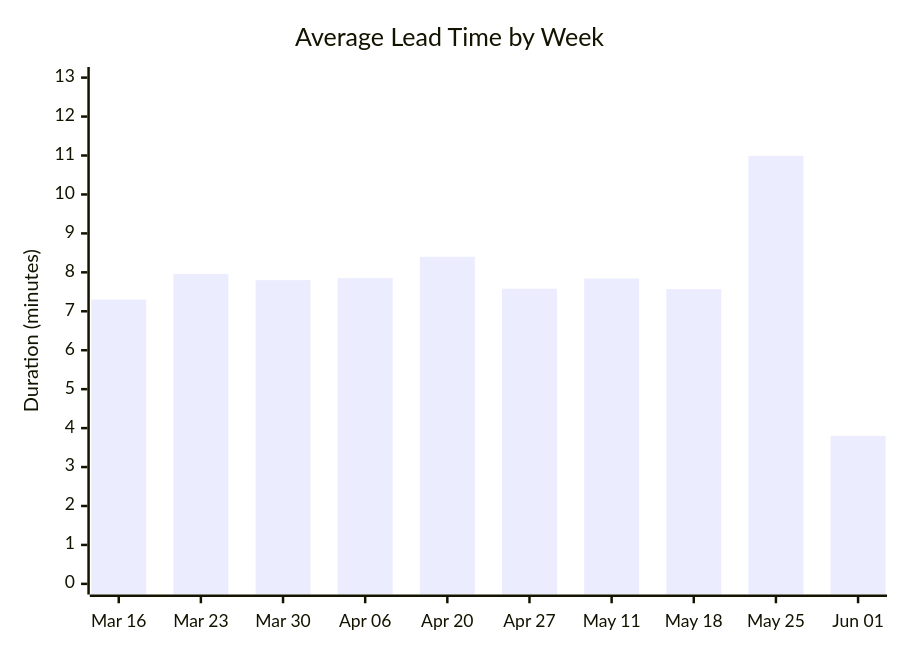
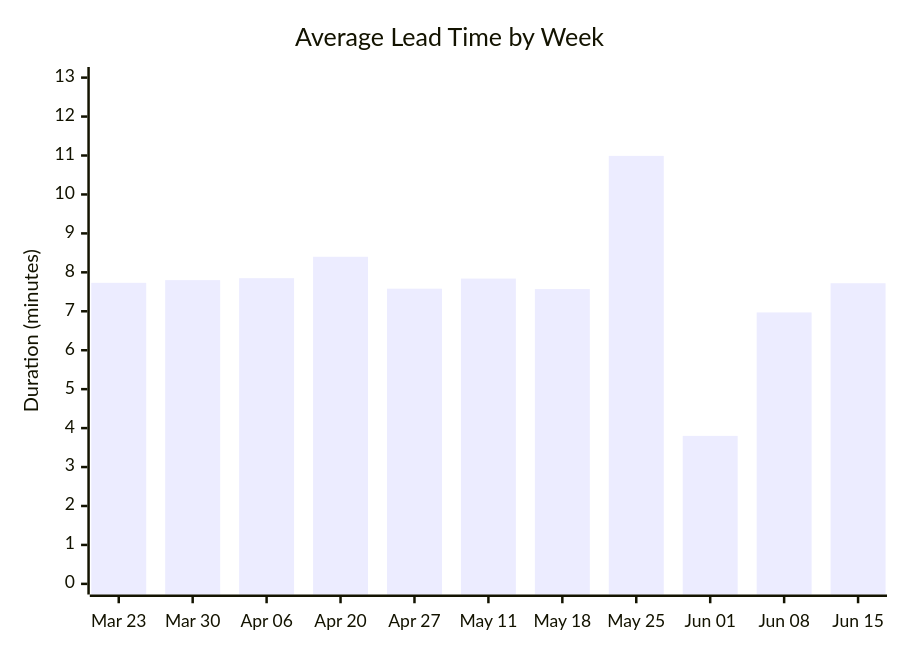
Before and after one commit to ukma-cs-ssdm-2025/rate-ukma: the second of 4 diagrams in docs/ci-cd/dora-summary.md, drawn with Mermaid. The commit also changed other lines of this file, not shown here.

````diff
--- a/docs/ci-cd/dora-summary.md
+++ b/docs/ci-cd/dora-summary.md
@@ -29,7 +30,7 @@
 ```mermaid
 xychart-beta
     title "Average Lead Time by Week"
-    x-axis ["Mar 16", "Mar 23", "Mar 30", "Apr 06", "Apr 20", "Apr 27", "May 11", "May 18", "May 25", "Jun 01"]
+    x-axis ["Mar 23", "Mar 30", "Apr 06", "Apr 20", "Apr 27", "May 11", "May 18", "May 25", "Jun 01", "Jun 08", "Jun 15"]
     y-axis "Duration (minutes)" 0 --> 13
-    bar [7.30, 7.96, 7.80, 7.85, 8.40, 7.58, 7.84, 7.57, 10.99, 3.80]
+    bar [7.73, 7.80, 7.85, 8.40, 7.58, 7.84, 7.57, 10.99, 3.80, 6.97, 7.72]
 ```
````
